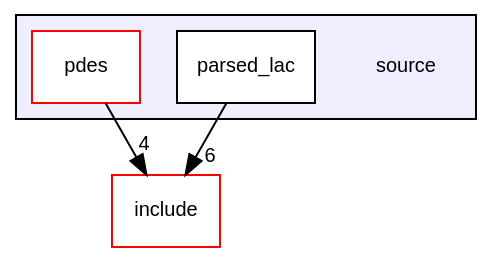
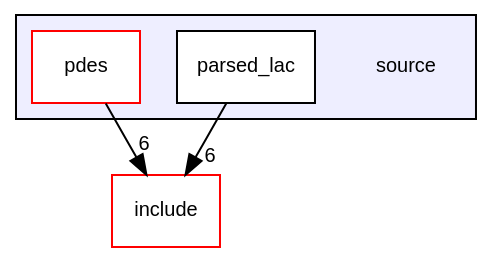
The diagram in dir_b2f33c71d4aa5e7af42a1ca61ff5af1b_dep.dot (luca-heltai/fsi-suite), drawn with Graphviz before and after one commit. The commit also changed 639 other files, not shown here.

```diff
--- a/dir_b2f33c71d4aa5e7af42a1ca61ff5af1b_dep.dot
+++ b/dir_b2f33c71d4aa5e7af42a1ca61ff5af1b_dep.dot
@@ -1,15 +1,15 @@
 digraph "source" {
   bgcolor=transparent;
   compound=true
   node [ fontsize="10", fontname="Helvetica"];
   edge [ labelfontsize="10", labelfontname="Helvetica"];
   subgraph clusterdir_b2f33c71d4aa5e7af42a1ca61ff5af1b {
     graph [ bgcolor="#eeeeff", pencolor="black", label="" URL="dir_b2f33c71d4aa5e7af42a1ca61ff5af1b.html"];
     dir_b2f33c71d4aa5e7af42a1ca61ff5af1b [shape=plaintext label="source"];
     dir_391f36ef54c6909ec58be9eca8862451 [shape=box label="parsed_lac" color="black" fillcolor="white" style="filled" URL="dir_391f36ef54c6909ec58be9eca8862451.html"];
     dir_863924b7d266e6f7561da03323982265 [shape=box label="pdes" color="red" fillcolor="white" style="filled" URL="dir_863924b7d266e6f7561da03323982265.html"];
   }
   dir_d44c64559bbebec7f509842c48db8b23 [shape=box label="include" color="red" URL="dir_d44c64559bbebec7f509842c48db8b23.html"];
-  dir_863924b7d266e6f7561da03323982265->dir_d44c64559bbebec7f509842c48db8b23 [headlabel="4", labeldistance=1.5 headhref="dir_000009_000002.html"];
+  dir_863924b7d266e6f7561da03323982265->dir_d44c64559bbebec7f509842c48db8b23 [headlabel="6", labeldistance=1.5 headhref="dir_000009_000002.html"];
   dir_391f36ef54c6909ec58be9eca8862451->dir_d44c64559bbebec7f509842c48db8b23 [headlabel="6", labeldistance=1.5 headhref="dir_000008_000002.html"];
 }
```
